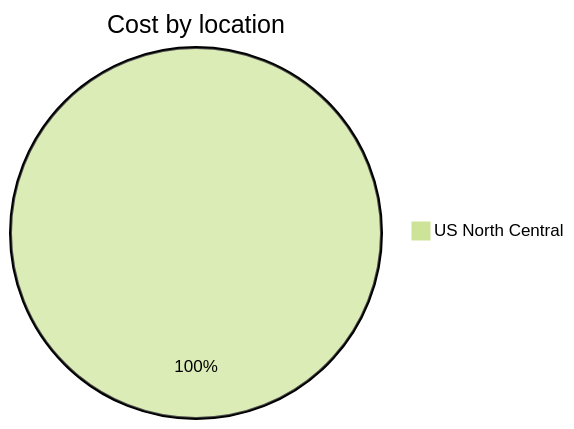
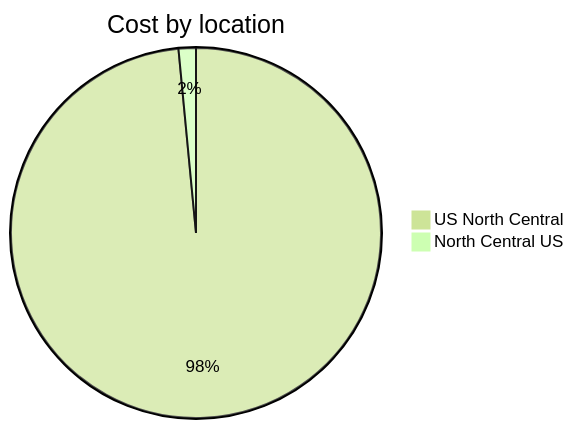
Before and after one commit to jpfulton/azure-personal-reports: the third of 4 diagrams in cost-reports/personal-network/backup-server-data-disk.md, drawn with Mermaid (forest theme). The commit also changed other lines of this file and 7 other files, not shown here.

````diff
--- a/cost-reports/personal-network/backup-server-data-disk.md
+++ b/cost-reports/personal-network/backup-server-data-disk.md
@@ -107,5 +108,6 @@
 ```mermaid
 pie
    title Cost by location
-   "US North Central" : 17.16
+   "US North Central" : 17.58
+   "North Central US" : 0.27
 ```
````
